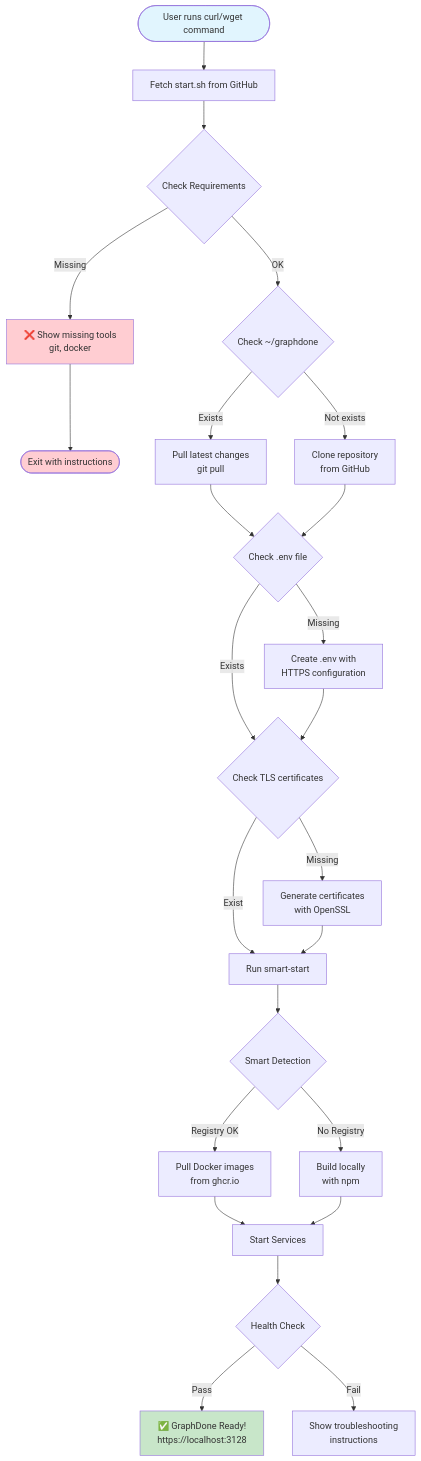
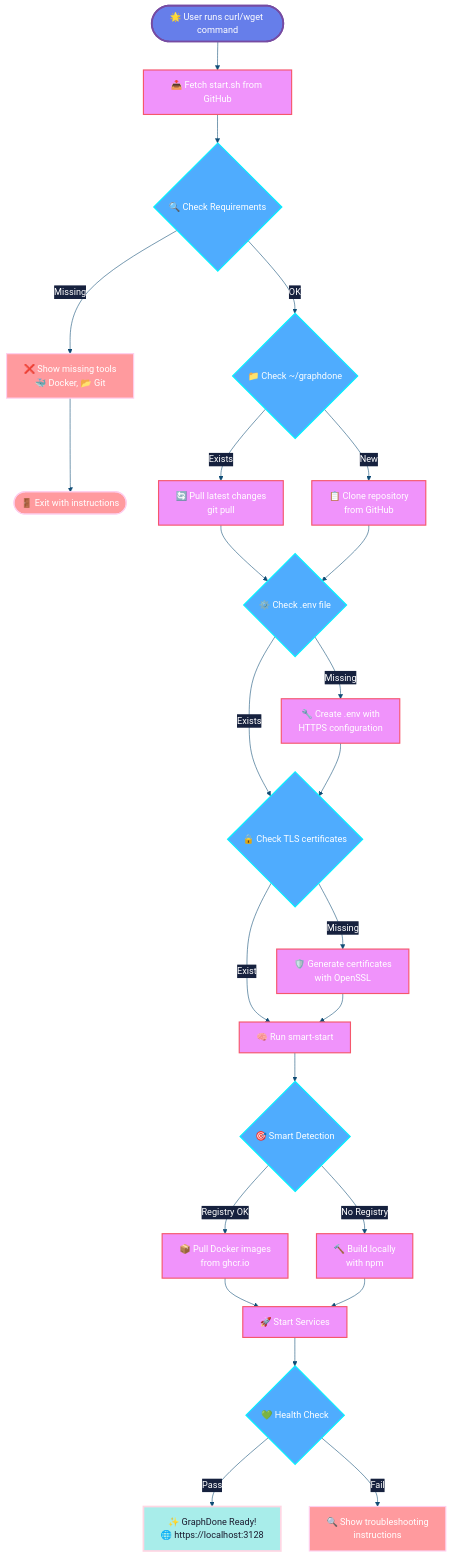
The first of 6 diagrams in docs/installation-flow.md (GraphDone/GraphDone-Core), drawn with Mermaid before and after one commit. The commit also changed other lines of this file, not shown here.

First line of the commit message:
✨ Transform Mermaid diagrams with modern professional styling

````diff
--- a/docs/installation-flow.md
+++ b/docs/installation-flow.md
@@ -5,44 +5,68 @@
 ```mermaid
+%%{init: {
+  'theme': 'base',
+  'themeVariables': {
+    'primaryColor': '#1a1a2e',
+    'primaryTextColor': '#ffffff',
+    'primaryBorderColor': '#16213e',
+    'lineColor': '#0f4c75',
+    'secondaryColor': '#16213e',
+    'tertiaryColor': '#0f4c75',
+    'background': '#0d1421',
+    'mainBkg': '#1a1a2e',
+    'secondBkg': '#16213e',
+    'tertiaryBkg': '#0f4c75'
+  }
+}}%%
+
 flowchart TD
-    Start([User runs curl/wget command]) --> FetchScript[Fetch start.sh from GitHub]
-    FetchScript --> CheckReq{Check Requirements}
+    Start([🌟 User runs curl/wget command]) --> FetchScript[📥 Fetch start.sh from GitHub]
+    FetchScript --> CheckReq{🔍 Check Requirements}
     
-    CheckReq -->|Missing| ReqError[❌ Show missing tools<br/>git, docker]
-    CheckReq -->|OK| CheckDir{Check ~/graphdone}
+    CheckReq -->|Missing| ReqError[❌ Show missing tools<br/>🐳 Docker, 📂 Git]
+    CheckReq -->|OK| CheckDir{📁 Check ~/graphdone}
     
-    ReqError --> Exit([Exit with instructions])
+    ReqError --> Exit([🚪 Exit with instructions])
     
-    CheckDir -->|Exists| Update[Pull latest changes<br/>git pull]
-    CheckDir -->|Not exists| Clone[Clone repository<br/>from GitHub]
+    CheckDir -->|Exists| Update[🔄 Pull latest changes<br/>git pull]
+    CheckDir -->|New| Clone[📋 Clone repository<br/>from GitHub]
     
     Update --> CheckEnv
-    Clone --> CheckEnv{Check .env file}
+    Clone --> CheckEnv{⚙️ Check .env file}
     
     CheckEnv -->|Exists| CheckCerts
-    CheckEnv -->|Missing| CreateEnv[Create .env with<br/>HTTPS configuration]
+    CheckEnv -->|Missing| CreateEnv[🔧 Create .env with<br/>HTTPS configuration]
     
-    CreateEnv --> CheckCerts{Check TLS certificates}
+    CreateEnv --> CheckCerts{🔒 Check TLS certificates}
     
     CheckCerts -->|Exist| RunSmartStart
-    CheckCerts -->|Missing| GenCerts[Generate certificates<br/>with OpenSSL]
+    CheckCerts -->|Missing| GenCerts[🛡️ Generate certificates<br/>with OpenSSL]
     
-    GenCerts --> RunSmartStart[Run smart-start]
+    GenCerts --> RunSmartStart[🧠 Run smart-start]
     
-    RunSmartStart --> SmartDetect{Smart Detection}
+    RunSmartStart --> SmartDetect{🎯 Smart Detection}
     
-    SmartDetect -->|Registry OK| PullImages[Pull Docker images<br/>from ghcr.io]
-    SmartDetect -->|No Registry| LocalBuild[Build locally<br/>with npm]
+    SmartDetect -->|Registry OK| PullImages[📦 Pull Docker images<br/>from ghcr.io]
+    SmartDetect -->|No Registry| LocalBuild[🔨 Build locally<br/>with npm]
     
     PullImages --> StartServices
-    LocalBuild --> StartServices[Start Services]
+    LocalBuild --> StartServices[🚀 Start Services]
     
-    StartServices --> CheckHealth{Health Check}
+    StartServices --> CheckHealth{💚 Health Check}
     
-    CheckHealth -->|Pass| Success[✅ GraphDone Ready!<br/>https://localhost:3128]
-    CheckHealth -->|Fail| ShowLogs[Show troubleshooting<br/>instructions]
+    CheckHealth -->|Pass| Success[✨ GraphDone Ready!<br/>🌐 https://localhost:3128]
+    CheckHealth -->|Fail| ShowLogs[🔍 Show troubleshooting<br/>instructions]
     
-    style Start fill:#e1f5fe
-    style Success fill:#c8e6c9
-    style ReqError fill:#ffcdd2
-    style Exit fill:#ffcdd2
+    classDef startStyle fill:#667eea,stroke:#764ba2,stroke-width:3px,color:#ffffff
+    classDef processStyle fill:#f093fb,stroke:#f5576c,stroke-width:2px,color:#ffffff
+    classDef decisionStyle fill:#4facfe,stroke:#00f2fe,stroke-width:2px,color:#ffffff
+    classDef successStyle fill:#a8edea,stroke:#fed6e3,stroke-width:3px,color:#1a1a2e
+    classDef errorStyle fill:#ff9a9e,stroke:#fecfef,stroke-width:2px,color:#ffffff
+    classDef configStyle fill:#ffecd2,stroke:#fcb69f,stroke-width:2px,color:#1a1a2e
+    
+    class Start startStyle
+    class FetchScript,Update,Clone,CreateEnv,GenCerts,RunSmartStart,PullImages,LocalBuild,StartServices processStyle
+    class CheckReq,CheckDir,CheckEnv,CheckCerts,SmartDetect,CheckHealth decisionStyle
+    class Success successStyle
+    class ReqError,Exit,ShowLogs errorStyle
 ```
````
